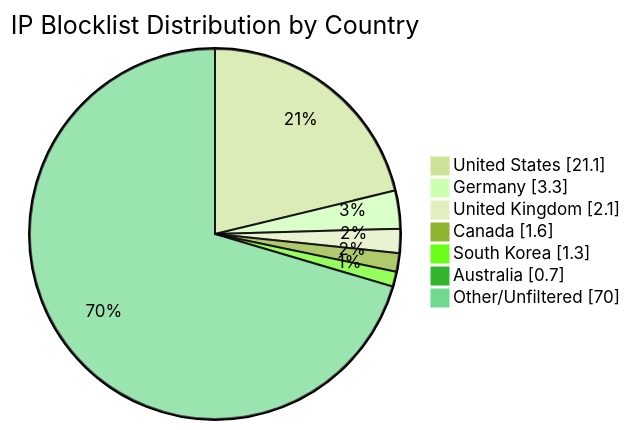
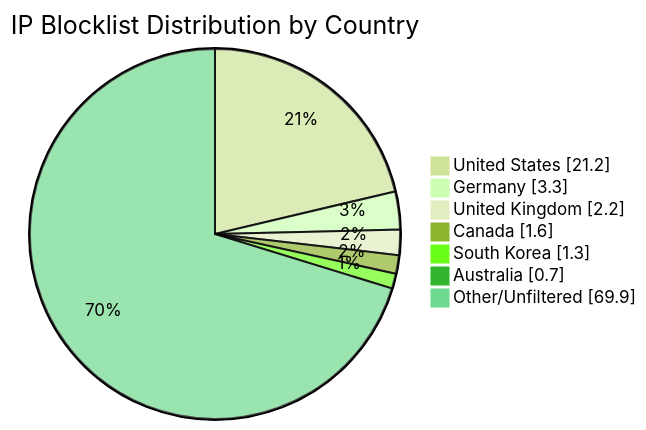
Before and after one commit to MarcusHoltz/ipblocklist-geofiltered-aggregator: the diagram in README.md, drawn with Mermaid (forest theme). The commit also changed other lines of this file and 9 other files, not shown here.

````diff
--- a/README.md
+++ b/README.md
@@ -34,10 +34,10 @@
 ```mermaid
 pie showData title IP Blocklist Distribution by Country
-"United States" : 21.1
+"United States" : 21.2
 "Germany" : 3.3
-"United Kingdom" : 2.1
+"United Kingdom" : 2.2
 "Canada" : 1.6
 "South Korea" : 1.3
 "Australia" : 0.7
-"Other/Unfiltered" : 70.0
+"Other/Unfiltered" : 69.9
 ```
````
